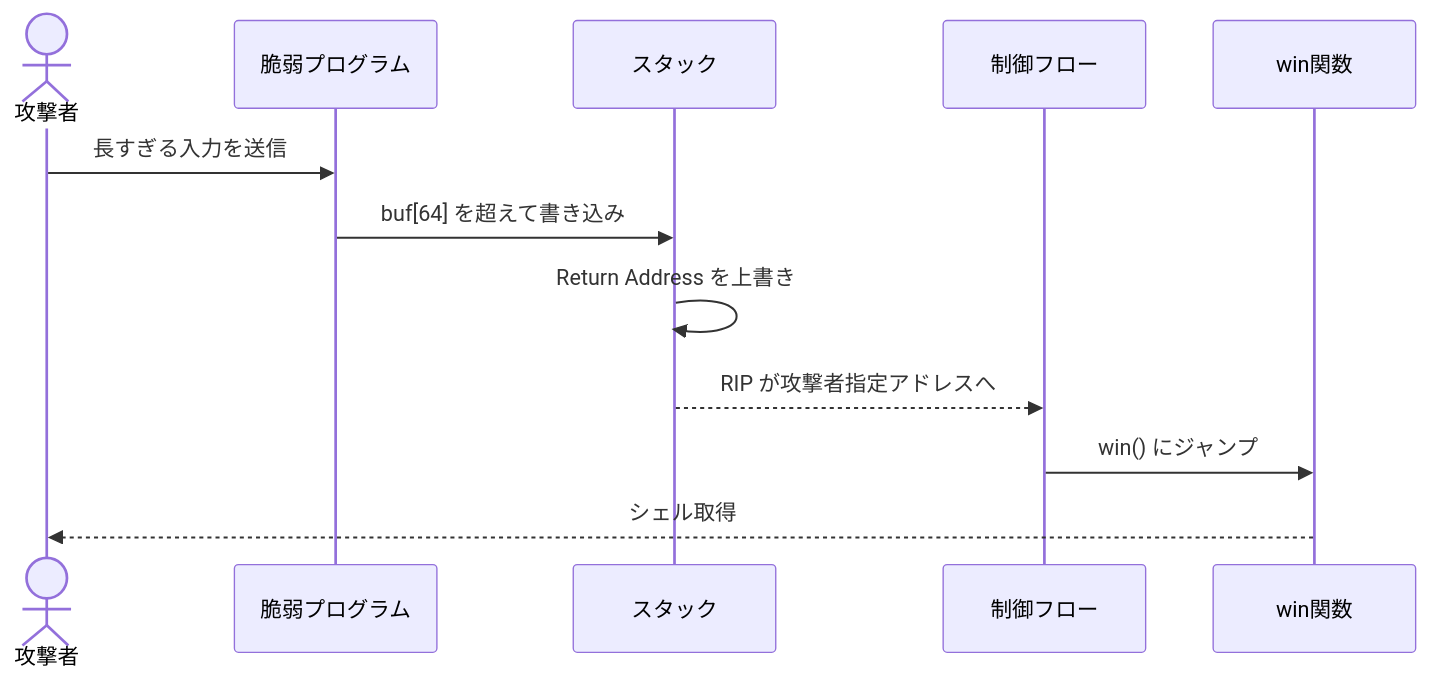
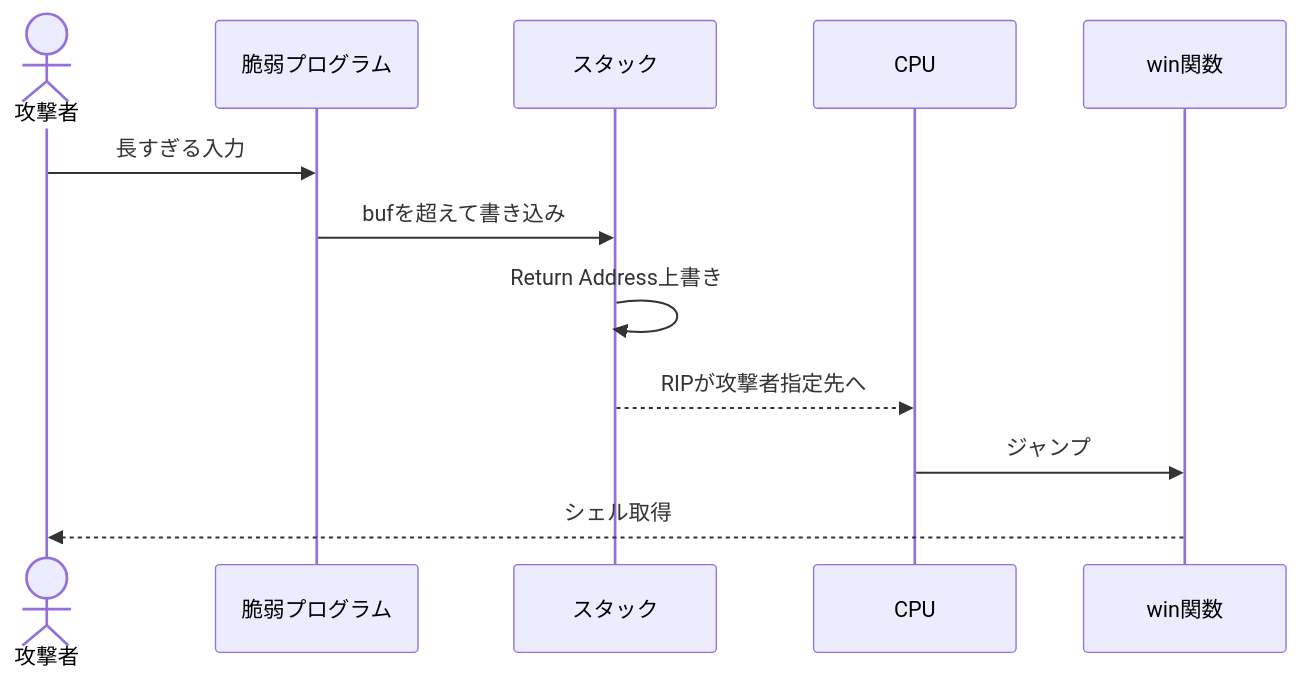
The second of 2 diagrams in articles/memory-model/index.mdx (Omni-lab26/recon0x-content), drawn with Mermaid before and after one commit. The commit also changed other lines of this file and 12 other files, not shown here.

````diff
--- a/articles/memory-model/index.mdx
+++ b/articles/memory-model/index.mdx
@@ -62,15 +60,14 @@
 ```mermaid
 sequenceDiagram
-    actor A as 攻撃者
-    participant P as 脆弱プログラム
-    participant S as スタック
-    participant C as 制御フロー
-    participant W as win関数
-
-    A->>P: 長すぎる入力を送信
-    P->>S: buf[64] を超えて書き込み
-    S->>S: Return Address を上書き
-    S-->>C: RIP が攻撃者指定アドレスへ
-    C->>W: win() にジャンプ
-    W-->>A: シェル取得
+    actor 攻撃者
+    participant 脆弱プログラム
+    participant スタック
+    participant CPU
+    participant win関数
+    攻撃者->>脆弱プログラム: 長すぎる入力
+    脆弱プログラム->>スタック: bufを超えて書き込み
+    スタック->>スタック: Return Address上書き
+    スタック-->>CPU: RIPが攻撃者指定先へ
+    CPU->>win関数: ジャンプ
+    win関数-->>攻撃者: シェル取得
 ```
````
